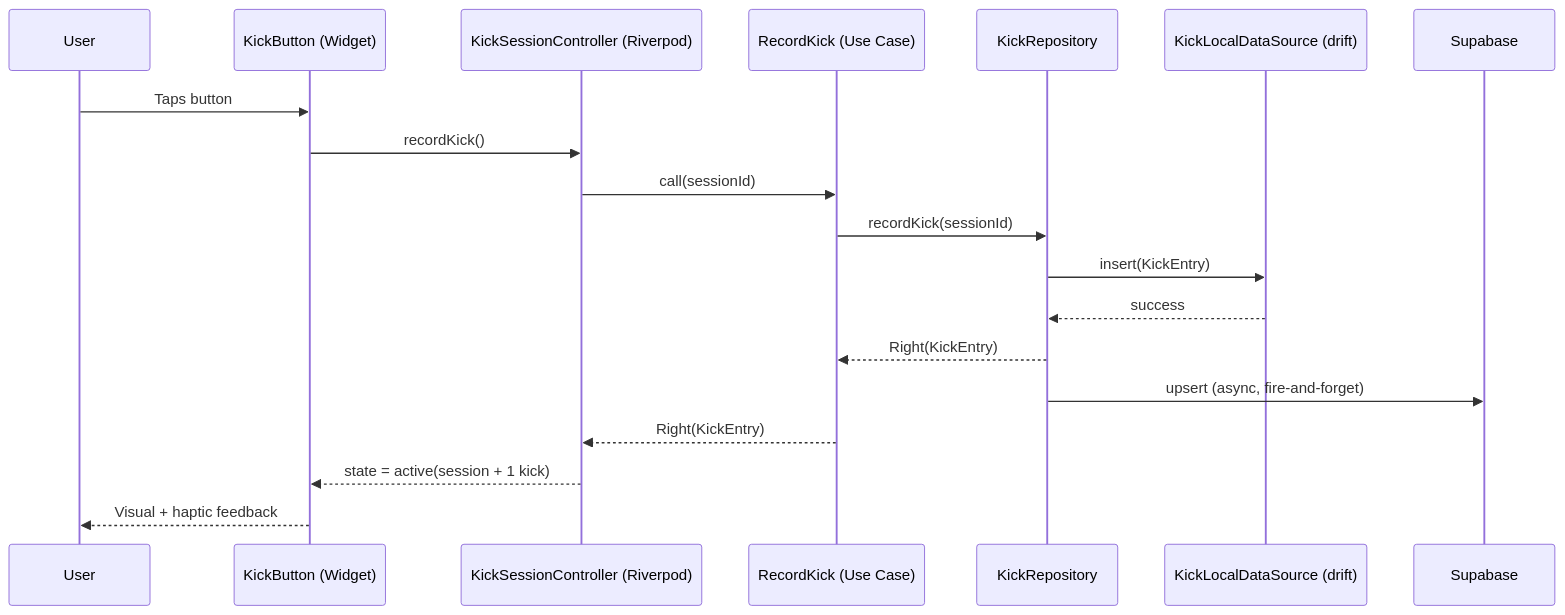
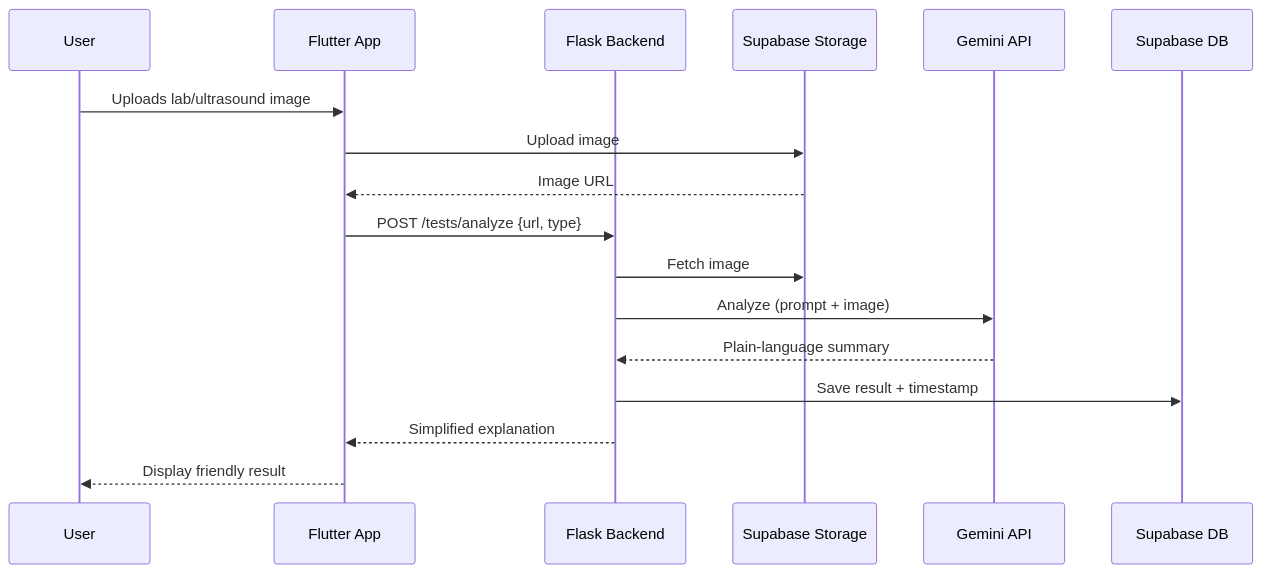
The fourth of 9 diagrams in docs/architecture.md (Mozn-jamous/bloombelly-showcase), drawn with Mermaid before and after one commit. The commit also changed other lines of this file and 4 other files, not shown here.

````diff
--- a/docs/architecture.md
+++ b/docs/architecture.md
@@ -91,22 +141,20 @@
 ```mermaid
 sequenceDiagram
     participant U as User
-    participant W as KickButton (Widget)
-    participant C as KickSessionController (Riverpod)
-    participant UC as RecordKick (Use Case)
-    participant R as KickRepository
-    participant L as KickLocalDataSource (drift)
-    participant S as Supabase
+    participant App as Flutter App
+    participant Flask as Flask Backend
+    participant Storage as Supabase Storage
+    participant Gemini as Gemini API
+    participant DB as Supabase DB
 
-    U->>W: Taps button
-    W->>C: recordKick()
-    C->>UC: call(sessionId)
-    UC->>R: recordKick(sessionId)
-    R->>L: insert(KickEntry)
-    L-->>R: success
-    R-->>UC: Right(KickEntry)
-    R->>S: upsert (async, fire-and-forget)
-    UC-->>C: Right(KickEntry)
-    C-->>W: state = active(session + 1 kick)
-    W-->>U: Visual + haptic feedback
+    U->>App: Uploads lab/ultrasound image
+    App->>Storage: Upload image
+    Storage-->>App: Image URL
+    App->>Flask: POST /tests/analyze {url, type}
+    Flask->>Storage: Fetch image
+    Flask->>Gemini: Analyze (prompt + image)
+    Gemini-->>Flask: Plain-language summary
+    Flask->>DB: Save result + timestamp
+    Flask-->>App: Simplified explanation
+    App-->>U: Display friendly result
 ```
````
